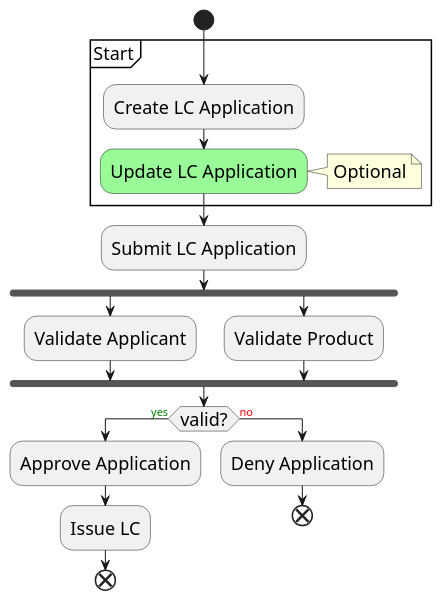
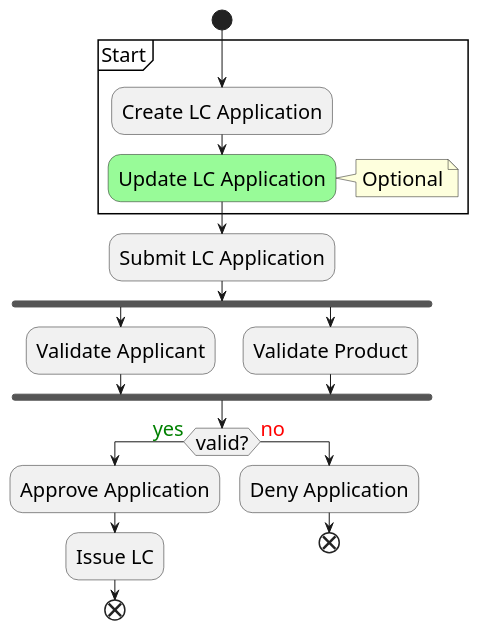
Before and after one commit to PacktPublishing/Domain-Driven-Design-with-Java-A-Practitioner-s-Guide: the diagram in book/src/docs/asciidoc/06-implementing-a-task-based-ui.adoc, drawn with PlantUML. The commit also changed other lines of this file and 1 other file, not shown here.

Commit message:
Minor font changes in diagrams

```diff
--- a/book/src/docs/asciidoc/06-implementing-a-task-based-ui.adoc
+++ b/book/src/docs/asciidoc/06-implementing-a-task-based-ui.adoc
@@ -33,33 +33,30 @@
 [plantuml,command-flow]
 ....
 @startuml
-skinparam handwrittern true
-skinparam ActivityFontName "Gloria Hallelujah"
-skinparam ActivityFontSize 18
-skinparam ActivityDiamondFontName "Gloria Hallelujah"
-skinparam ActivityDiamondFontSize 18
-skinparam NoteFontName "Gloria Hallelujah"
-skinparam NoteFontSize 18
-skinparam PartitionFontName "Gloria Hallelujah"
-skinparam PartitionFontSize 18
+<style>
+    ActivityDiagram {
+        FontName "Gloria Hallelujah"
+        FontSize 20
+    }
+</style>
 start
 partition Start {
 :Create LC Application;
 #palegreen:Update LC Application;
 note right: Optional
 }
 :Submit LC Application;
 fork
 :Validate Applicant;
 fork again
 :Validate Product;
 end fork
 if (valid?) is (<color:green>yes) then
 :Approve Application;
 :Issue LC;
 end
 else (<color:red>no)
 :Deny Application;
 end
 @enduml
 ....
```
